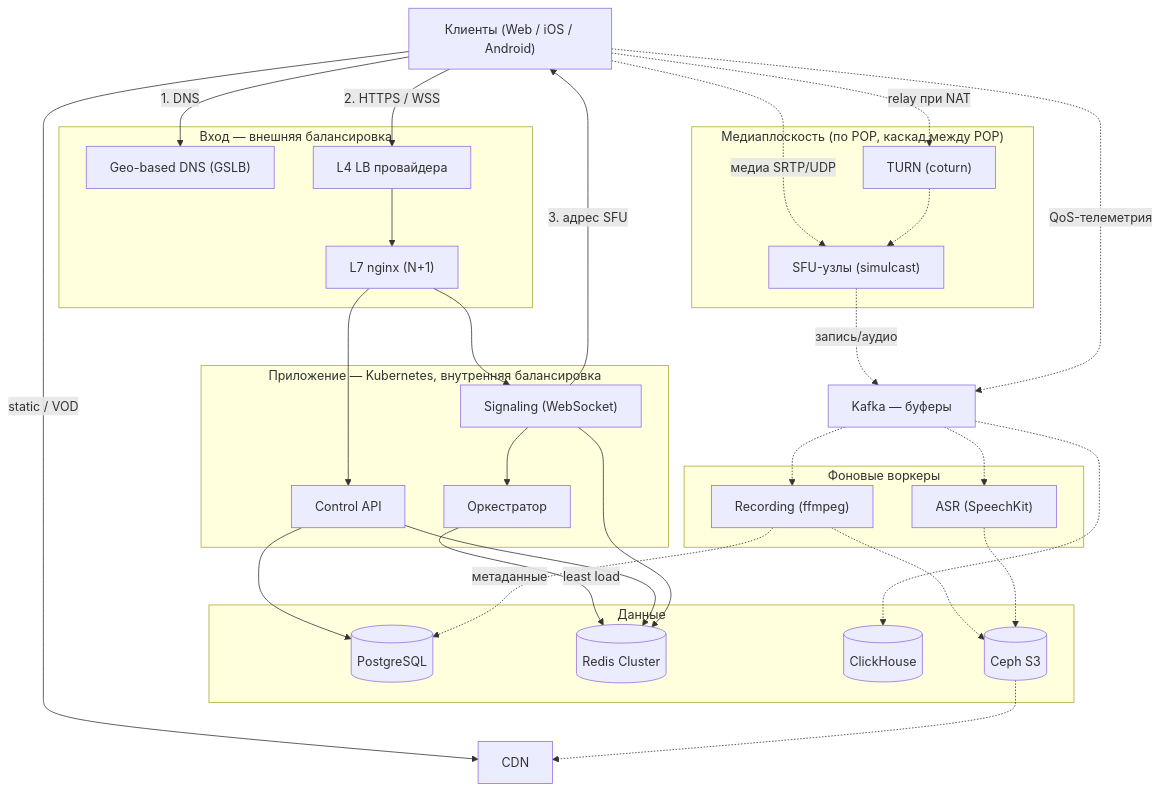
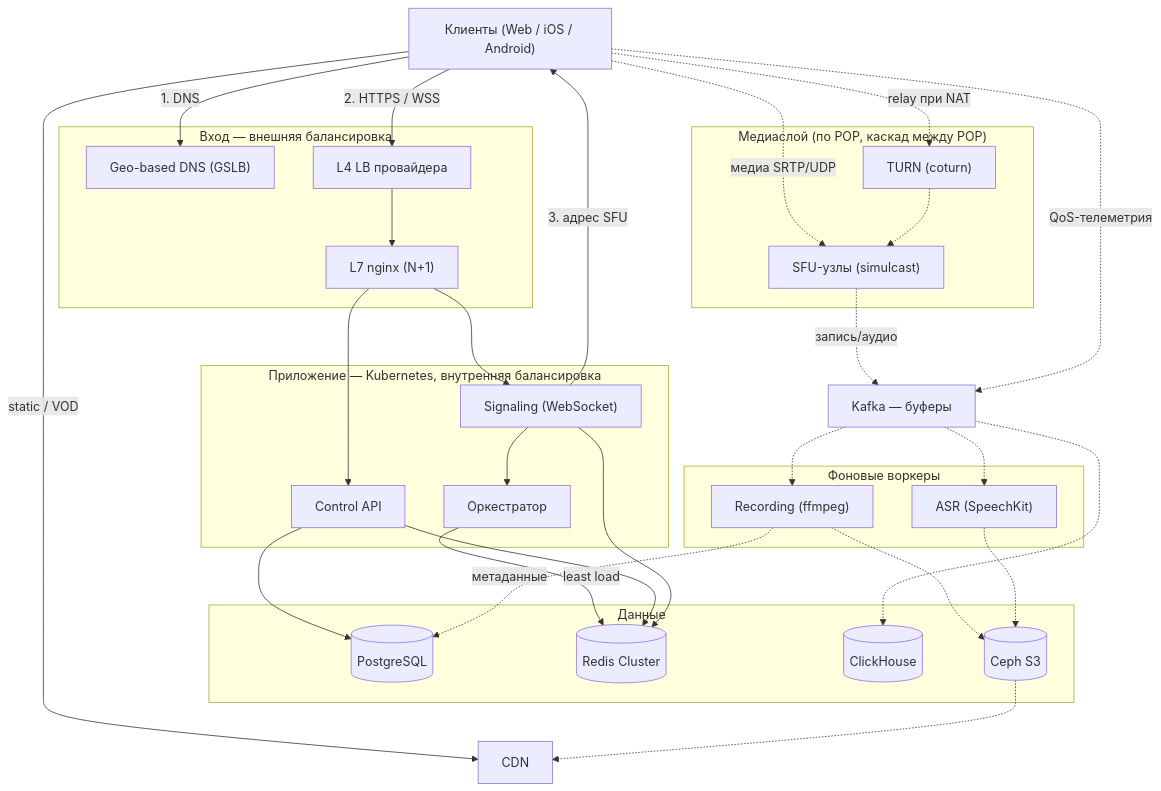
Before and after one commit to armishev/highload_course_project: the fifth of 5 diagrams in README.md, drawn with Mermaid. The commit also changed other lines of this file, not shown here.

````diff
--- a/README.md
+++ b/README.md
@@ -1152,61 +1152,61 @@
 ```mermaid
 flowchart TD
     C["Клиенты (Web / iOS / Android)"]
 
     subgraph EDGE["Вход — внешняя балансировка"]
         DNS["Geo-based DNS (GSLB)"]
         L4["L4 LB провайдера"]
         L7["L7 nginx (N+1)"]
     end
 
     subgraph APP["Приложение — Kubernetes, внутренняя балансировка"]
         API["Control API"]
         SIG["Signaling (WebSocket)"]
         ORC["Оркестратор"]
     end
 
-    subgraph MEDIA["Медиаплоскость (по POP, каскад между POP)"]
+    subgraph MEDIA["Медиаслой (по POP, каскад между POP)"]
         SFU["SFU-узлы (simulcast)"]
         TURN["TURN (coturn)"]
     end
 
     subgraph WORK["Фоновые воркеры"]
         REC["Recording (ffmpeg)"]
         ASR["ASR (SpeechKit)"]
     end
 
     subgraph DATA["Данные"]
         PG[("PostgreSQL")]
         RD[("Redis Cluster")]
         CH[("ClickHouse")]
         OS[("Ceph S3")]
     end
 
     KAFKA["Kafka — буферы"]
     CDN["CDN"]
 
     C -->|"1. DNS"| DNS
     C -->|"2. HTTPS / WSS"| L4
     L4 --> L7
     L7 --> API
     L7 --> SIG
     SIG --> ORC
     ORC -->|"least load"| RD
     SIG -->|"3. адрес SFU"| C
     C -.->|"медиа SRTP/UDP"| SFU
     C -.->|"relay при NAT"| TURN
     TURN -.-> SFU
     API --> PG
     API --> RD
     SIG --> RD
     SFU -.->|"запись/аудио"| KAFKA
     KAFKA -.-> REC
     KAFKA -.-> ASR
     REC -.-> OS
     ASR -.-> OS
     REC -.->|"метаданные"| PG
     C -.->|"QoS-телеметрия"| KAFKA
     KAFKA -.-> CH
     C -->|"static / VOD"| CDN
     OS -.-> CDN
 ```
````
